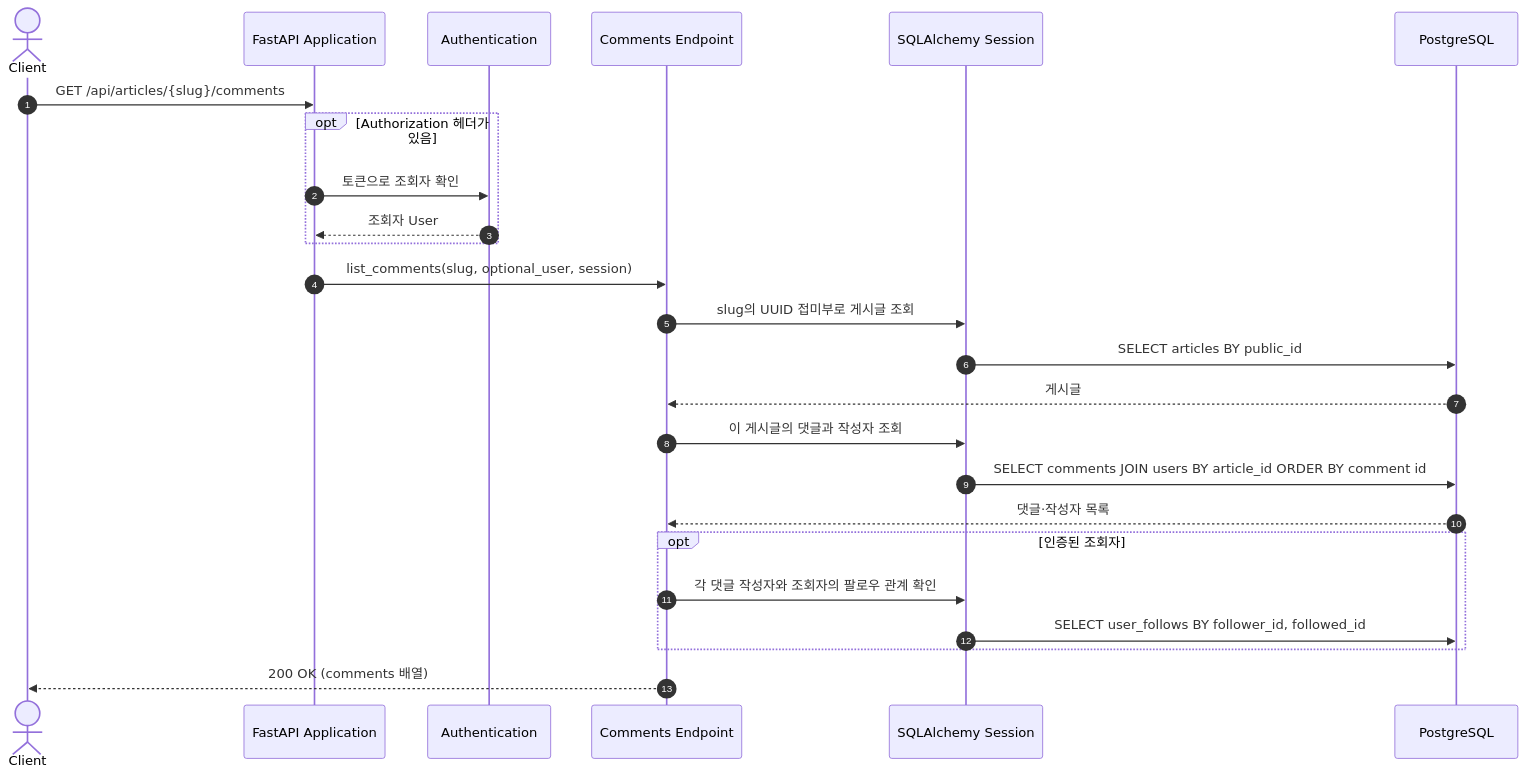
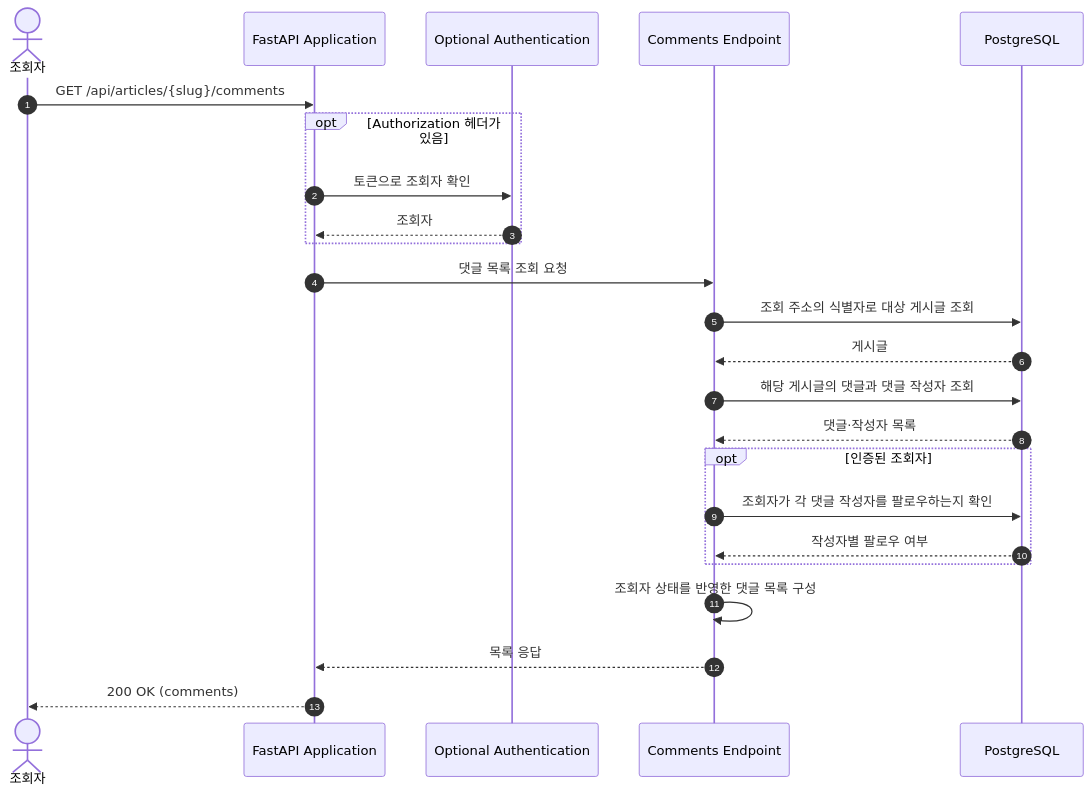
One commit to chahoseong/realworld-fastapi-backend changed the second of 3 diagrams in docs/architecture/flows/comment.md. Above: the diagram before and after it, drawn with Mermaid. The commit also changed other lines of this file and 11 other files, not shown here.

Commit message:
Refactor documentation for user flows: update component responsibilities, runtime views, and scenarios for comment, favorite, follow, public profile, user login, registration, retrieval, and update processes.

````diff
--- a/docs/architecture/flows/comment.md
+++ b/docs/architecture/flows/comment.md
@@ -52,28 +53,27 @@
 ```mermaid
 sequenceDiagram
     autonumber
-    actor Client
+    actor Client as 조회자
     participant App as FastAPI Application
-    participant Auth as Authentication
+    participant Auth as Optional Authentication
     participant Endpoint as Comments Endpoint
-    participant Session as SQLAlchemy Session
     participant DB as PostgreSQL
 
     Client->>App: GET /api/articles/{slug}/comments
     opt Authorization 헤더가 있음
         App->>Auth: 토큰으로 조회자 확인
-        Auth-->>App: 조회자 User
+        Auth-->>App: 조회자
     end
-    App->>Endpoint: list_comments(slug, optional_user, session)
-    Endpoint->>Session: slug의 UUID 접미부로 게시글 조회
-    Session->>DB: SELECT articles BY public_id
+    App->>Endpoint: 댓글 목록 조회 요청
+    Endpoint->>DB: 조회 주소의 식별자로 대상 게시글 조회
     DB-->>Endpoint: 게시글
-    Endpoint->>Session: 이 게시글의 댓글과 작성자 조회
-    Session->>DB: SELECT comments JOIN users BY article_id ORDER BY comment id
+    Endpoint->>DB: 해당 게시글의 댓글과 댓글 작성자 조회
     DB-->>Endpoint: 댓글·작성자 목록
     opt 인증된 조회자
-        Endpoint->>Session: 각 댓글 작성자와 조회자의 팔로우 관계 확인
-        Session->>DB: SELECT user_follows BY follower_id, followed_id
+        Endpoint->>DB: 조회자가 각 댓글 작성자를 팔로우하는지 확인
+        DB-->>Endpoint: 작성자별 팔로우 여부
     end
-    Endpoint-->>Client: 200 OK (comments 배열)
+    Endpoint->>Endpoint: 조회자 상태를 반영한 댓글 목록 구성
+    Endpoint-->>App: 목록 응답
+    App-->>Client: 200 OK (comments)
 ```
````
